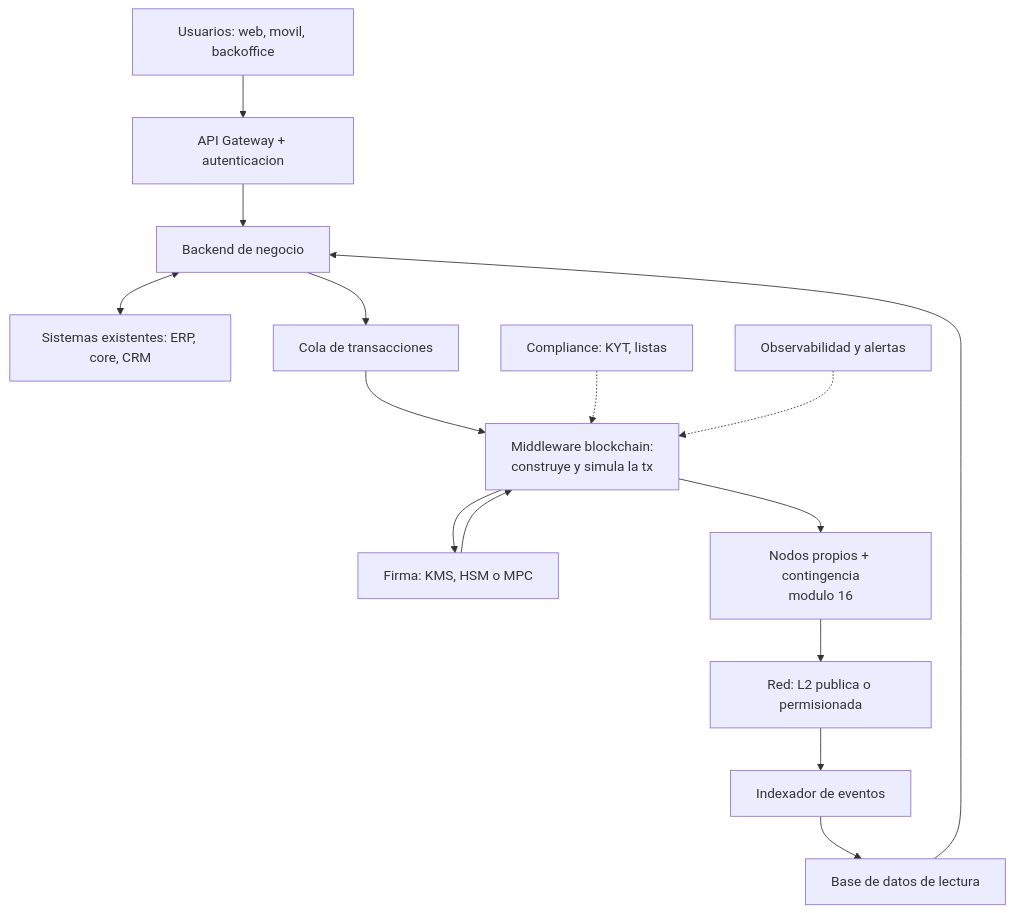
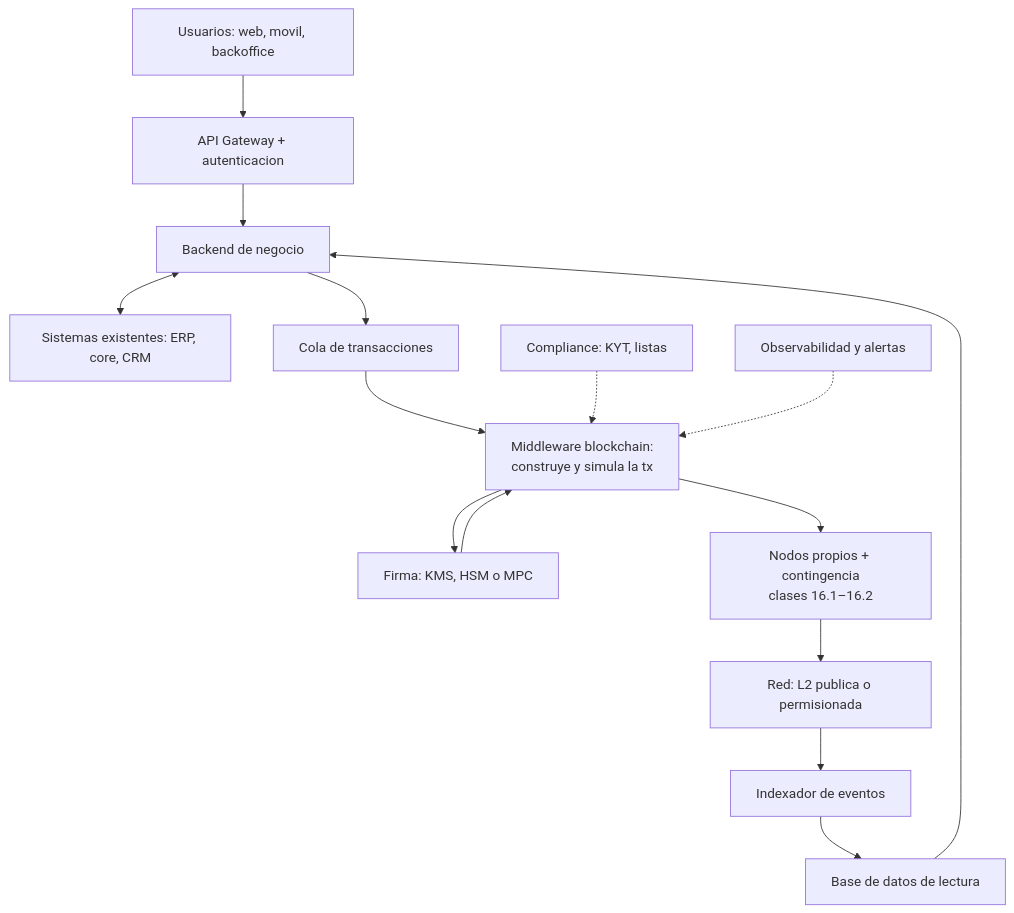
Before and after one commit to vladimiracunadev-create/blockchain-learning-path: the first of 3 diagrams in curriculum/18-implementacion-empresarial/README.md, drawn with Mermaid. The commit also changed other lines of this file and 121 other files, not shown here.

````diff
--- a/curriculum/18-implementacion-empresarial/README.md
+++ b/curriculum/18-implementacion-empresarial/README.md
@@ -63,17 +113,17 @@
 ```mermaid
 flowchart TD
     U["Usuarios: web, movil, backoffice"] --> GW["API Gateway + autenticacion"]
     GW --> BE["Backend de negocio"]
     BE <--> ERP["Sistemas existentes: ERP, core, CRM"]
     BE --> Q["Cola de transacciones"]
     Q --> MW["Middleware blockchain:<br>construye y simula la tx"]
     MW --> SIG["Firma: KMS, HSM o MPC"]
     SIG --> MW
-    MW --> RPC["Nodos propios + contingencia<br>modulo 16"]
+    MW --> RPC["Nodos propios + contingencia<br>clases 16.1–16.2"]
     RPC --> NET["Red: L2 publica o permisionada"]
     NET --> IDX["Indexador de eventos"]
     IDX --> DB["Base de datos de lectura"]
     DB --> BE
     KYT["Compliance: KYT, listas"] -.-> MW
     OBS["Observabilidad y alertas"] -.-> MW
 ```
````
